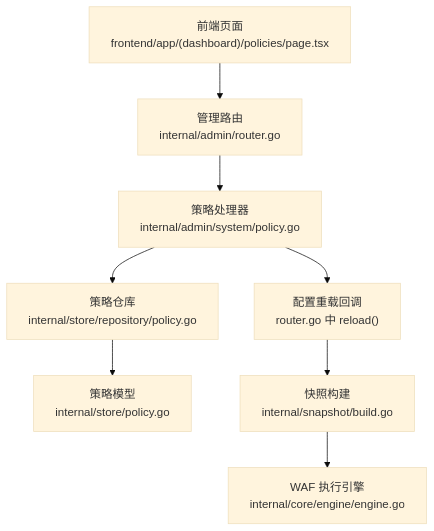
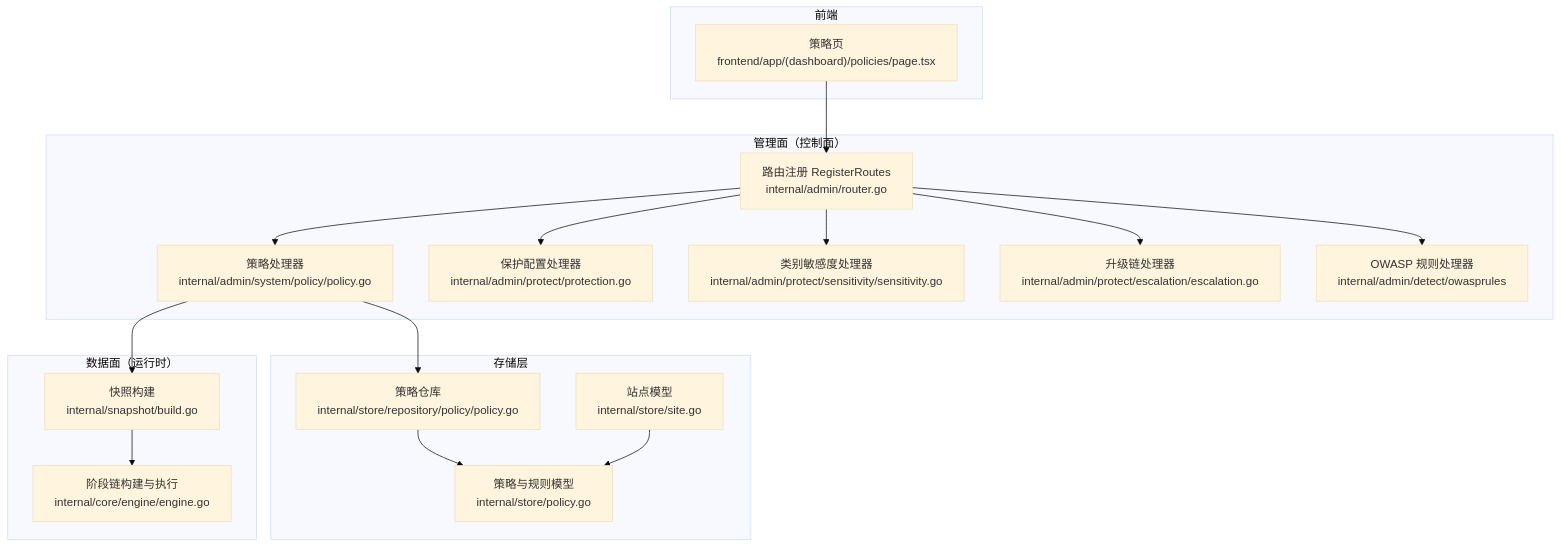
One commit to x01n/My-OpenWaf changed the first of 6 diagrams in docs/管理 API 系统/策略管理 API.md. Above: the diagram before and after it, drawn with Mermaid (base theme). The commit also changed other lines of this file and 622 other files, not shown here.

````diff
--- a/docs/管理 API 系统/策略管理 API.md
+++ b/docs/管理 API 系统/策略管理 API.md
@@ -37,10 +50,34 @@
 ```mermaid
-graph TB
-FE["前端页面<br/>frontend/app/(dashboard)/policies/page.tsx"] --> API["管理路由<br/>internal/admin/router.go"]
-API --> Handler["策略处理器<br/>internal/admin/system/policy.go"]
-Handler --> Repo["策略仓库<br/>internal/store/repository/policy.go"]
-Repo --> Model["策略模型<br/>internal/store/policy.go"]
-Handler --> Reload["配置重载回调<br/>router.go 中 reload()"]
-Reload --> Snapshot["快照构建<br/>internal/snapshot/build.go"]
-Snapshot --> Engine["WAF 执行引擎<br/>internal/core/engine/engine.go"]
+flowchart TB
+subgraph "前端"
+FE["策略页<br/>frontend/app/(dashboard)/policies/page.tsx"]
+end
+subgraph "管理面（控制面）"
+ROUTER["路由注册 RegisterRoutes<br/>internal/admin/router.go"]
+POLICY["策略处理器<br/>internal/admin/system/policy/policy.go"]
+PROT["保护配置处理器<br/>internal/admin/protect/protection.go"]
+SENS["类别敏感度处理器<br/>internal/admin/protect/sensitivity/sensitivity.go"]
+ESCA["升级链处理器<br/>internal/admin/protect/escalation/escalation.go"]
+OWASP["OWASP 规则处理器<br/>internal/admin/detect/owasprules"]
+end
+subgraph "存储层"
+PREPO["策略仓库<br/>internal/store/repository/policy/policy.go"]
+MODEL["策略与规则模型<br/>internal/store/policy.go"]
+SITEM["站点模型<br/>internal/store/site.go"]
+end
+subgraph "数据面（运行时）"
+SNAP["快照构建<br/>internal/snapshot/build.go"]
+ENGINE["阶段链构建与执行<br/>internal/core/engine/engine.go"]
+end
+FE --> ROUTER
+ROUTER --> POLICY
+ROUTER --> PROT
+ROUTER --> SENS
+ROUTER --> ESCA
+ROUTER --> OWASP
+POLICY --> PREPO
+PREPO --> MODEL
+SITEM --> MODEL
+POLICY --> SNAP
+SNAP --> ENGINE
 ```
````
